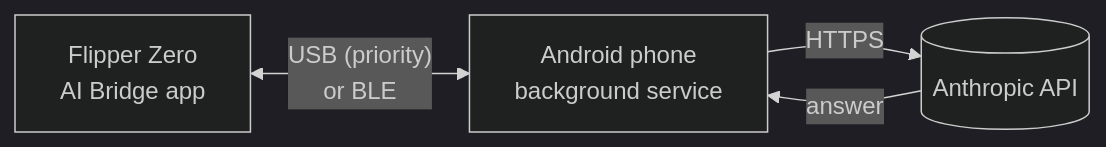
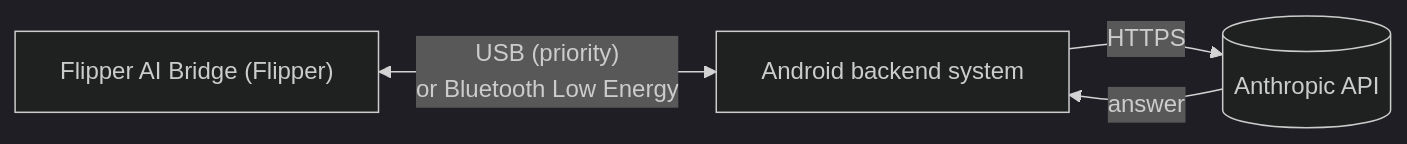
The diagram in README.md (Nahida4479/Flipper-AI-Bridge), drawn with Mermaid (dark theme) before and after one commit. The commit also changed other lines of this file and 1 other file, not shown here.

First line of the commit message:
README: keep only the architecture diagram, rename nodes, spell out Bluetooth Low Energy

````diff
--- a/README.md
+++ b/README.md
@@ -19,6 +19,6 @@
 ```mermaid
 flowchart LR
-    F["Flipper Zero<br/>AI Bridge app"] <-->|"USB (priority)<br/>or BLE"| P["Android phone<br/>background service"]
+    F["Flipper AI Bridge (Flipper)"] <-->|"USB (priority)<br/>or Bluetooth Low Energy"| P["Android backend system"]
     P -->|HTTPS| A[("Anthropic API")]
     A -->|answer| P
 ```
````
